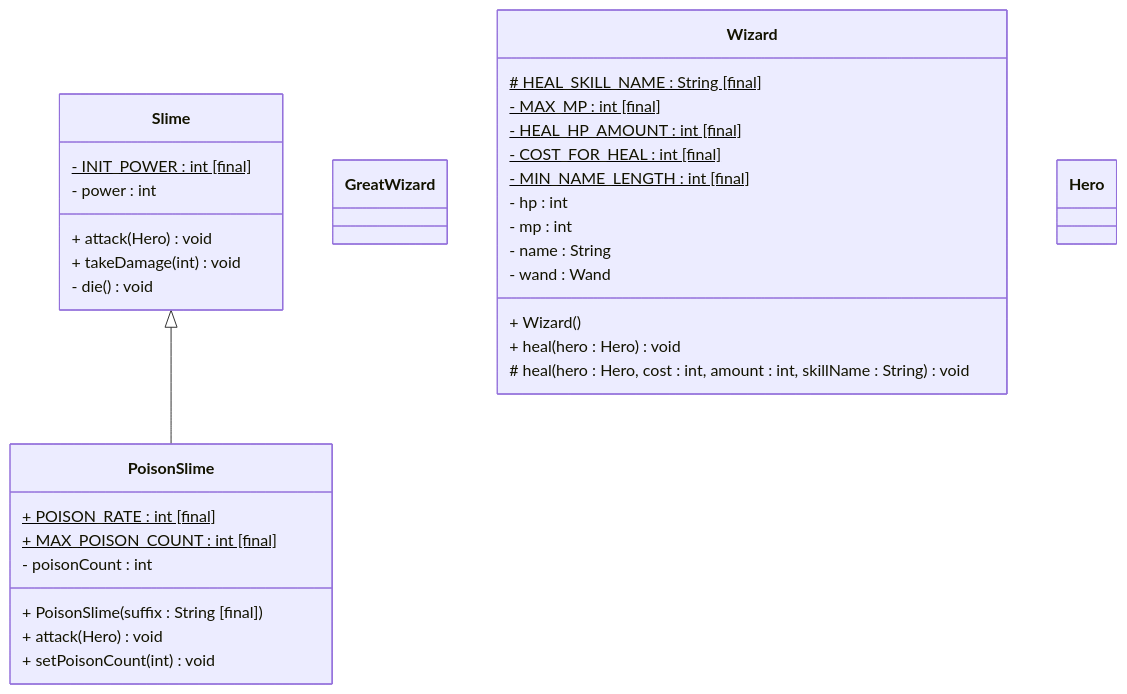
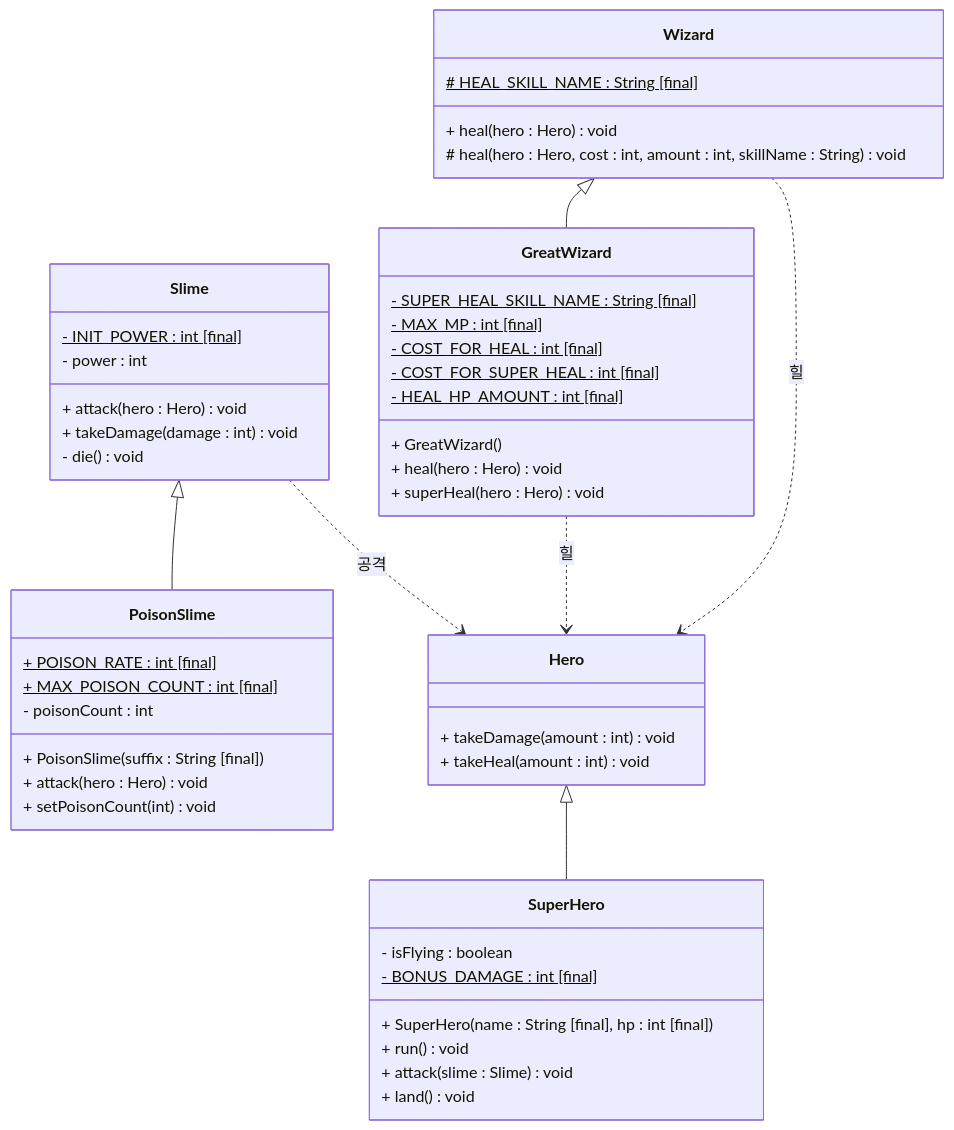
The diagram in docs/Day7ClassDiagram.md (SurvivalCodingCampus/gangnam3-java-oop), drawn with Mermaid before and after one commit. The commit also changed 2 other files, not shown here.

Commit message:
docs: Day7 클래스다이어그램 작성

````diff
--- a/docs/Day7ClassDiagram.md
+++ b/docs/Day7ClassDiagram.md
@@ -1,46 +1,59 @@
 ```mermaid
 classDiagram
 
     class Slime {
         - INIT_POWER : int [final] $
         - power : int
-        + attack(Hero) void
-        + takeDamage(int) void
+        + attack(hero : Hero) void
+        + takeDamage(damage : int) void
         - die() void
     }
 
     class PoisonSlime {
         + POISON_RATE : int [final] $
         + MAX_POISON_COUNT : int [final] $
         - poisonCount : int
         + PoisonSlime(suffix : String [final])
-        + attack(Hero) void
+        + attack(hero : Hero) void
         + setPoisonCount(int) void
     }
-    
-    class GreatWizard {
-        
-    }
-    
+
     class Wizard {
         # HEAL_SKILL_NAME : String [final] $
-        - MAX_MP : int [final] $
-        - HEAL_HP_AMOUNT : int [final] $
-        - COST_FOR_HEAL : int [final] $
-        - MIN_NAME_LENGTH : int [final] $
-        - hp : int
-        - mp : int
-        - name : String
-        - wand : Wand
-        + Wizard()
         + heal(hero : Hero) void
         # heal(hero : Hero, cost : int, amount : int, skillName : String) void
     }
     
-    class Hero {
-    
+    class GreatWizard {
+        - SUPER_HEAL_SKILL_NAME : String [final] $
+        - MAX_MP : int [final] $
+        - COST_FOR_HEAL : int [final] $
+        - COST_FOR_SUPER_HEAL : int [final] $
+        - HEAL_HP_AMOUNT : int [final] $
+        + GreatWizard()
+        + heal(hero : Hero) void
+        + superHeal(hero : Hero) void
     }
     
+    class Hero {
+        + takeDamage(amount : int) void
+        + takeHeal(amount : int) void
+    }
+
+    class SuperHero {
+        - isFlying : boolean
+        - BONUS_DAMAGE : int [final] $
+        + SuperHero(name : String [final], hp : int [final])
+        + run() void
+        + attack(slime : Slime) void
+        + land() void
+    }
+
+    Hero <|-- SuperHero
+    Wizard <|-- GreatWizard
     Slime <|-- PoisonSlime
+    GreatWizard ..> Hero : 힐
+    Wizard ..> Hero : 힐
+    Slime ..> Hero : 공격
 
 ```
````
